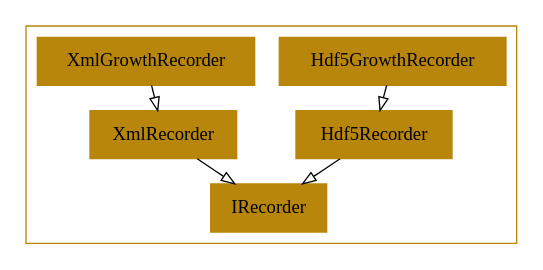
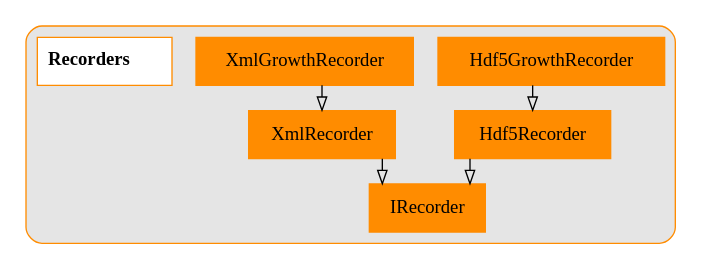
Before and after one commit to UWB-Biocomputing/BrainGrid: the diagram in Tools/DiagramGenerator/ExampleOutputs/dot_subsystems/Recorders.dot, drawn with Graphviz. The commit also changed 28 other files, not shown here.

First line of the commit message:
dotGenerator update, new diagrams

```diff
--- a/Tools/DiagramGenerator/ExampleOutputs/dot_subsystems/Recorders.dot
+++ b/Tools/DiagramGenerator/ExampleOutputs/dot_subsystems/Recorders.dot
@@ -1,37 +1,41 @@
 digraph{
+	 graph [splines=ortho]
 
 	subgraph clusterRecorders {
-		color = darkgoldenrod
-		node [shape = record, color = darkgoldenrod];
+		style = rounded
+		bgcolor = grey90
+		color = darkorange
+		node [shape = record, color = darkorange];
 
 		Hdf5GrowthRecorder[label = Hdf5GrowthRecorder, style = filled];
 		Hdf5Recorder[label = Hdf5Recorder, style = filled];
 		IRecorder[label = IRecorder, style = filled];
 		XmlGrowthRecorder[label = XmlGrowthRecorder, style = filled];
 		XmlRecorder[label = XmlRecorder, style = filled];
+		Recorders[label =< <B> Recorders</B>>, style = bold, fillcolor = white, style = filled];
 
 
 		//------LAYOUT FOR SUBGRAPH------
 
 
 		rankdir = BT; // Rank Direction Bottom to Top
-		nodesep = 0.96; // Node Separation
-		ranksep = 0.96; // Rank Separation
+		nodesep = 1.3; // Node Separation
+		ranksep = 1.3; // Rank Separation
 
 
 		//INHERITANCE//
 
 
 		Hdf5GrowthRecorder -> Hdf5Recorder [arrowhead=empty];
 
 		Hdf5Recorder -> IRecorder [arrowhead=empty];
 
 		XmlGrowthRecorder -> XmlRecorder [arrowhead=empty];
 
 		XmlRecorder -> IRecorder [arrowhead=empty];
 
 
 		//COMPOSITION//
 
 	}//end subgraph Recorders
 }//end digraph
```
